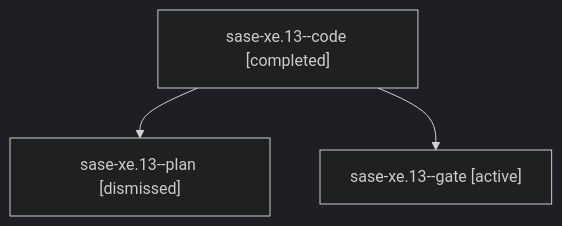
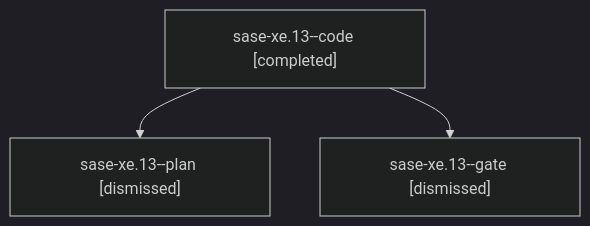
The diagram in sessions/bbugyi200.athena.sase-xe.13.md (sase-org/sase--agents), drawn with Mermaid (dark theme) before and after one commit. The commit also changed other lines of this file and 323 other files, not shown here.

````diff
--- a/sessions/bbugyi200.athena.sase-xe.13.md
+++ b/sessions/bbugyi200.athena.sase-xe.13.md
@@ -9,8 +9,8 @@
 ```mermaid
 flowchart TD
   n0["sase-xe.13--code [completed]"]
   n1["sase-xe.13--plan [dismissed]"]
   n0 --> n1
-  n2["sase-xe.13--gate [active]"]
+  n2["sase-xe.13--gate [dismissed]"]
   n0 --> n2
 ```
````
